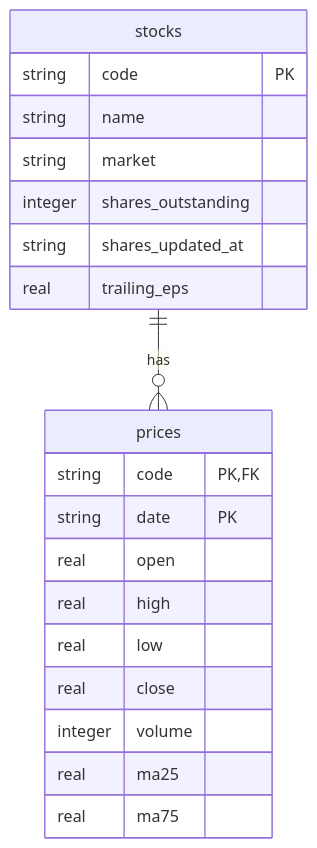
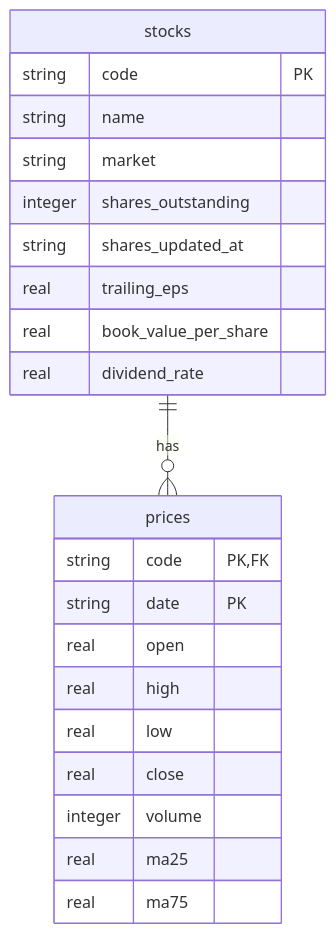
The second of 4 diagrams in docs/functional-design.md (git-san-934/tse-price-db), drawn with Mermaid before and after one commit. The commit also changed other lines of this file and 9 other files, not shown here.

````diff
--- a/docs/functional-design.md
+++ b/docs/functional-design.md
@@ -48,23 +50,25 @@
 ```mermaid
 erDiagram
   stocks ||--o{ prices : has
   stocks {
     string code PK
     string name
     string market
     integer shares_outstanding
     string shares_updated_at
     real trailing_eps
+    real book_value_per_share
+    real dividend_rate
   }
   prices {
     string code PK, FK
     string date PK
     real open
     real high
     real low
     real close
     integer volume
     real ma25
     real ma75
   }
 ```
````
